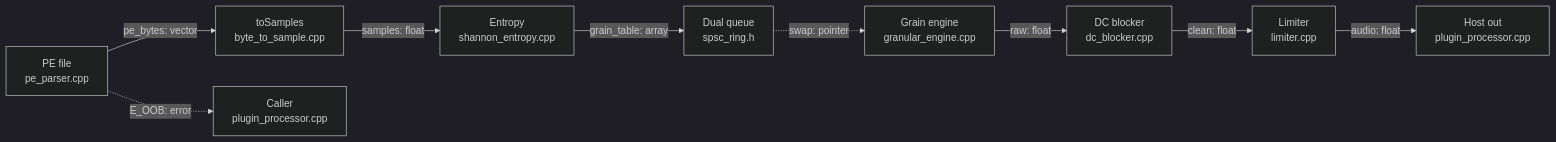
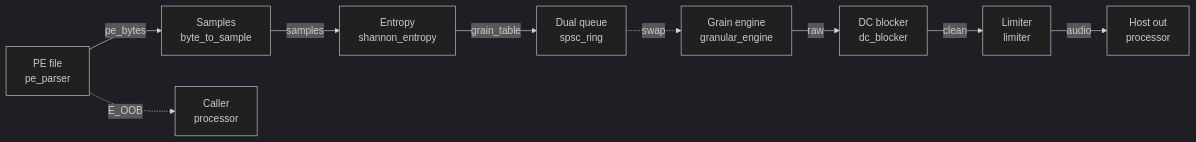
One commit to 9matesu/Catlas changed the diagram in examples/opcoda-pe-pipeline/diagrams/dataflow-l0.mmd. Above: the diagram before and after it, drawn with Mermaid (dark theme). The commit also changed 10 other files, not shown here.

Commit message:
Catlas: fix label overflow in example diagrams, add label fit rules and lint

```diff
--- a/examples/opcoda-pe-pipeline/diagrams/dataflow-l0.mmd
+++ b/examples/opcoda-pe-pipeline/diagrams/dataflow-l0.mmd
@@ -1,10 +1,11 @@
 flowchart LR
   direction LR
-  F[PE file<br/>pe_parser.cpp] -->|pe_bytes: vector| T[toSamples<br/>byte_to_sample.cpp]
-  T -->|samples: float| H[Entropy<br/>shannon_entropy.cpp]
-  H -->|grain_table: array| Q[Dual queue<br/>spsc_ring.h]
-  Q -.->|swap: pointer| A[Grain engine<br/>granular_engine.cpp]
-  A -->|raw: float| B[DC blocker<br/>dc_blocker.cpp]
-  B -->|clean: float| L[Limiter<br/>limiter.cpp]
-  L -->|audio: float| O[Host out<br/>plugin_processor.cpp]
-  F -.->|E_OOB: error| U[Caller<br/>plugin_processor.cpp]
+  F[PE file<br/>pe_parser]
+  -->|pe_bytes| T[Samples<br/>byte_to_sample]
+  T -->|samples| H[Entropy<br/>shannon_entropy]
+  H -->|grain_table| Q[Dual queue<br/>spsc_ring]
+  Q -.->|swap| A[Grain engine<br/>granular_engine]
+  A -->|raw| B[DC blocker<br/>dc_blocker]
+  B -->|clean| L[Limiter<br/>limiter]
+  L -->|audio| O[Host out<br/>processor]
+  F -.->|E_OOB| U[Caller<br/>processor]
```
